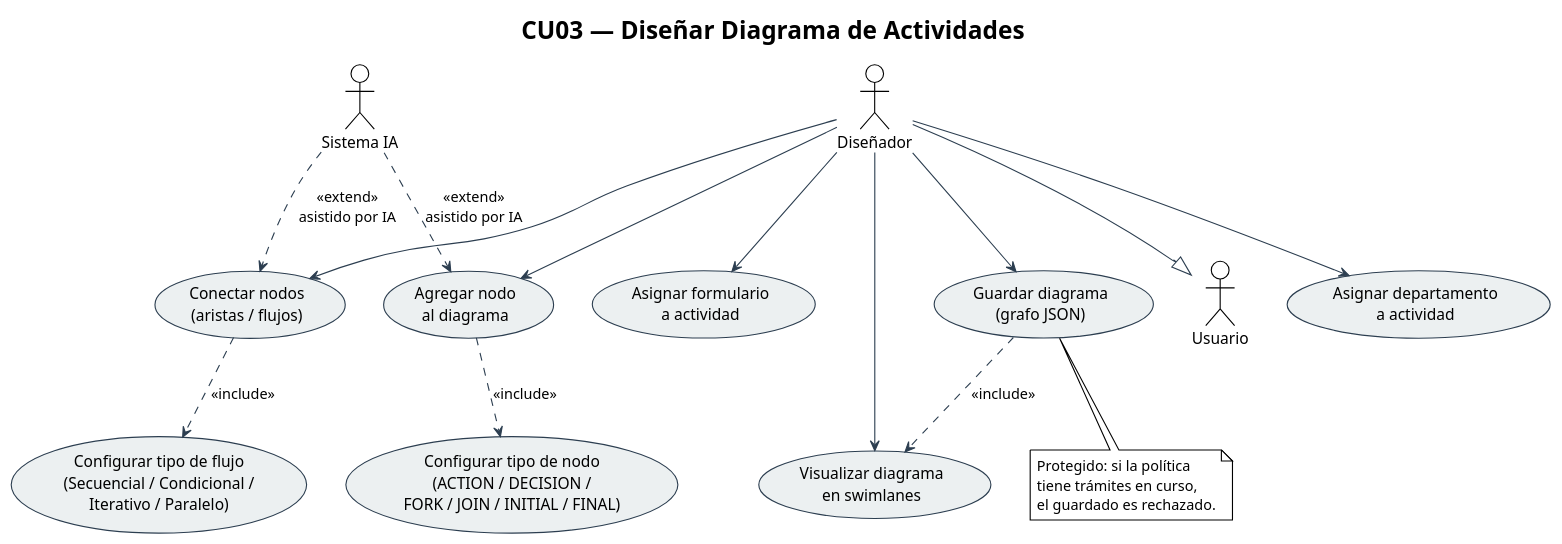
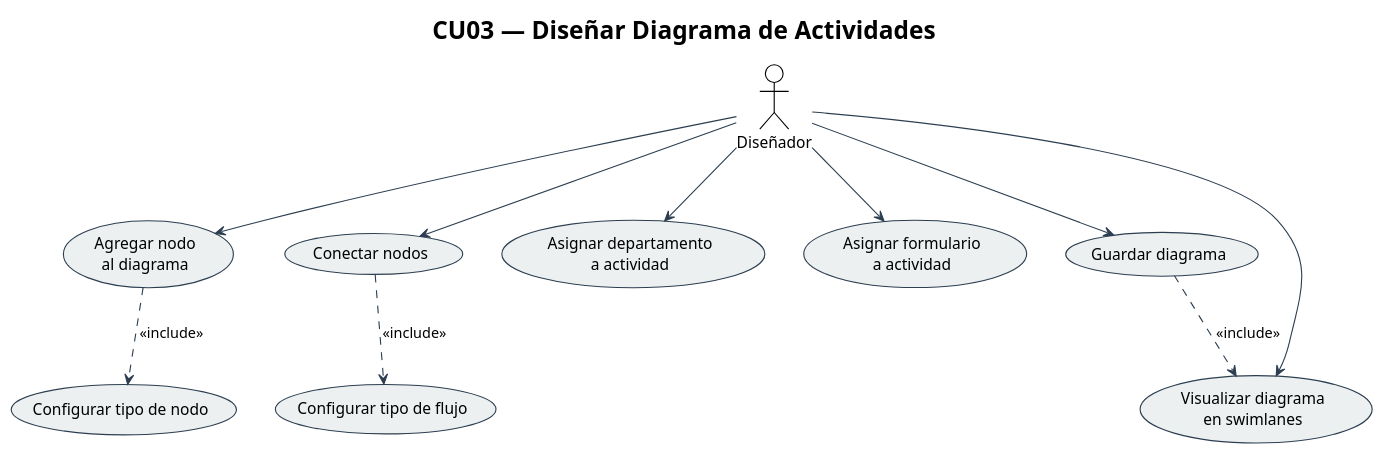
One commit to luisfernandoAngulo28/Examen1SW1 changed the diagram in docs/uml/cu03_diseniar_diagrama.puml. Above: the diagram before and after it, drawn with PlantUML. The commit also changed 61 other files, not shown here.

Commit message:
docs+feat: commit all documentation, UML diagrams, ai-service routes, mobile app updates

```diff
--- a/docs/uml/cu03_diseniar_diagrama.puml
+++ b/docs/uml/cu03_diseniar_diagrama.puml
@@ -1,49 +1,40 @@
 @startuml CU03_Diseniar_Diagrama
 !theme plain
 skinparam actorStyle default
 skinparam usecaseBorderColor #2C3E50
 skinparam usecaseBackgroundColor #ECF0F1
 skinparam arrowColor #2C3E50
 
 title CU03 — Diseñar Diagrama de Actividades
 
 ' ── Actores ──
 actor "Diseñador" as DESIGNER
-actor "Usuario"   as USER
-actor "Sistema IA" as AI
 
-DESIGNER --|> USER
 
 ' ── Casos de uso ──
 usecase "Agregar nodo\nal diagrama"                    as UC_NODE
-usecase "Configurar tipo de nodo\n(ACTION / DECISION /\nFORK / JOIN / INITIAL / FINAL)" as UC_NODE_TYPE
-usecase "Conectar nodos\n(aristas / flujos)"           as UC_EDGE
-usecase "Configurar tipo de flujo\n(Secuencial / Condicional /\nIterativo / Paralelo)"  as UC_FLOW
+usecase "Configurar tipo de nodo" as UC_NODE_TYPE
+usecase "Conectar nodos"           as UC_EDGE
+usecase "Configurar tipo de flujo"  as UC_FLOW
 usecase "Asignar departamento\na actividad"            as UC_DEPT
 usecase "Asignar formulario\na actividad"              as UC_FORM
-usecase "Guardar diagrama\n(grafo JSON)"               as UC_SAVE
+usecase "Guardar diagrama"               as UC_SAVE
 usecase "Visualizar diagrama\nen swimlanes"            as UC_VIEW
 
 ' ── Relaciones ──
 DESIGNER --> UC_NODE
 DESIGNER --> UC_EDGE
 DESIGNER --> UC_DEPT
 DESIGNER --> UC_FORM
 DESIGNER --> UC_SAVE
 DESIGNER --> UC_VIEW
 
 UC_NODE ..> UC_NODE_TYPE : <<include>>
 UC_EDGE ..> UC_FLOW      : <<include>>
 UC_SAVE ..> UC_VIEW      : <<include>>
 
-' ── Asistente IA extiende el diseño ──
-AI ..> UC_NODE : <<extend>>\nasistido por IA
-AI ..> UC_EDGE : <<extend>>\nasistido por IA
 
-note bottom of UC_SAVE
-  Protegido: si la política
-  tiene trámites en curso,
-  el guardado es rechazado.
-end note
+
+
 
 @enduml
```
